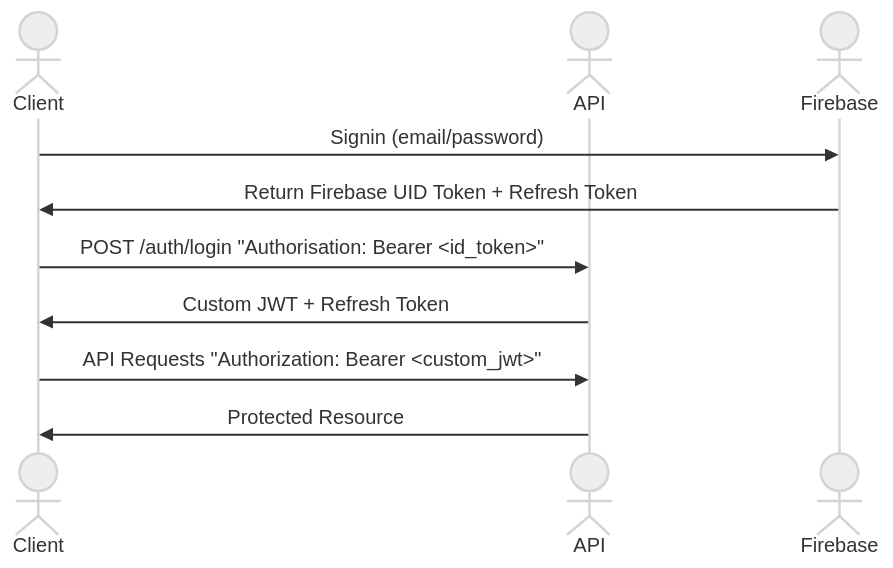
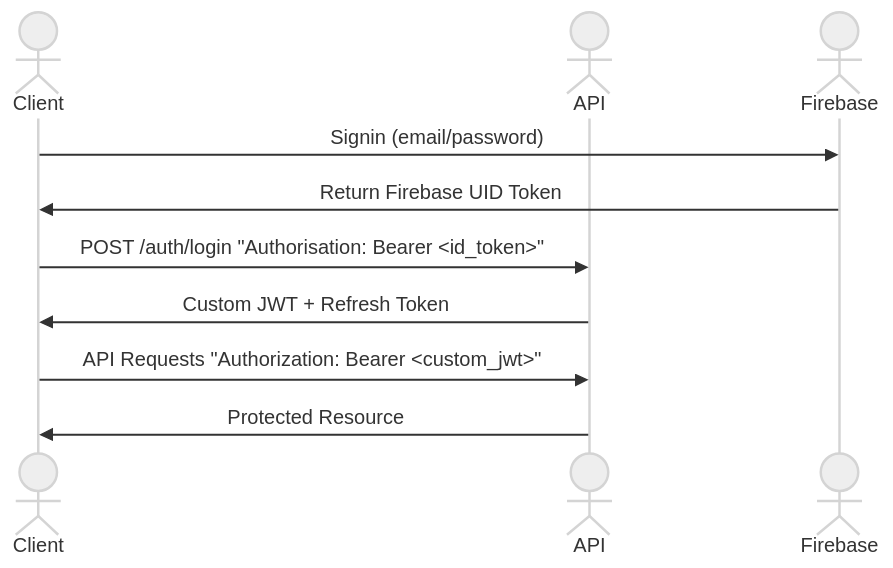
The diagram in docs/design/api-design.md (TheBigBookMan/VibeMap), drawn with Mermaid (neutral theme) before and after one commit. The commit also changed other lines of this file, not shown here.

Commit message:
docs: add in the Refresh Token documentation in api design

````diff
--- a/docs/design/api-design.md
+++ b/docs/design/api-design.md
@@ -115,12 +115,12 @@
 ```mermaid
 sequenceDiagram
         actor Client
         actor API
         actor Firebase
         Client->>Firebase: Signin (email/password)
-        Firebase->>Client: Return Firebase UID Token + Refresh Token
+        Firebase->>Client: Return Firebase UID Token
         Client->>API: POST /auth/login "Authorisation: Bearer <id_token>"
         API->>Client: Custom JWT + Refresh Token
         Client->>API: API Requests "Authorization: Bearer <custom_jwt>"
         API->>Client: Protected Resource
 ```
````
